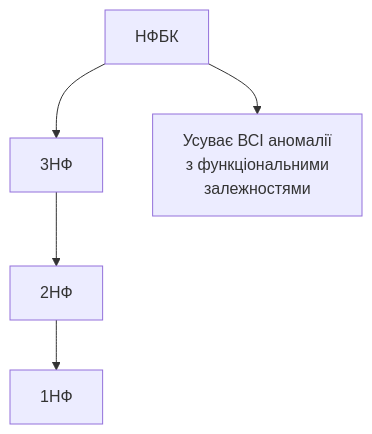
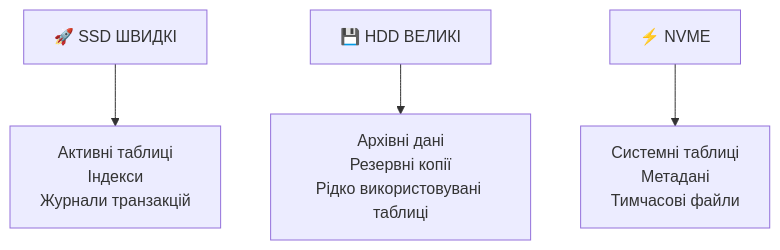
Before and after one commit to olroi421/course-bd: the fifth of 10 diagrams in presentations/presentation-06.md, drawn with Mermaid. The commit also changed other lines of this file and 12 other files, not shown here.

````diff
--- a/presentations/presentation-06.md
+++ b/presentations/presentation-06.md
@@ -373,5 +372,8 @@
 ```mermaid
 graph TD
-    A[НФБК] --> B[3НФ] --> C[2НФ] --> D[1НФ]
-    A --> E[Усуває ВСІ аномалії<br/>з функціональними<br/>залежностями]
+    A[🚀 SSD ШВИДКІ] --> B[Активні таблиці<br/>Індекси<br/>Журнали транзакцій]
+
+    C[💾 HDD ВЕЛИКІ] --> D[Архівні дані<br/>Резервні копії<br/>Рідко використовувані таблиці]
+
+    E[⚡ NVME] --> F[Системні таблиці<br/>Метадані<br/>Тимчасові файли]
 ```
````
